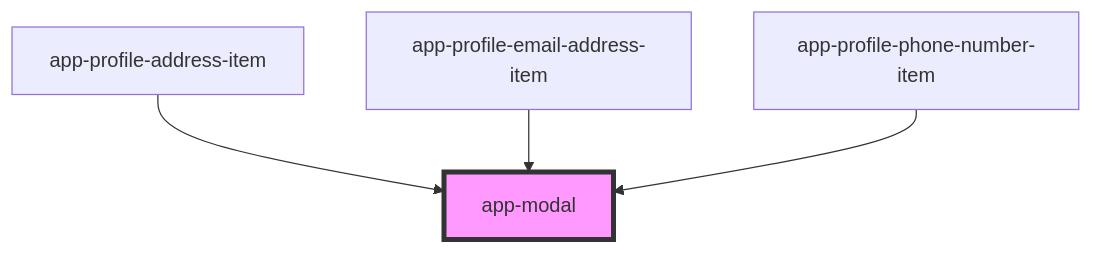
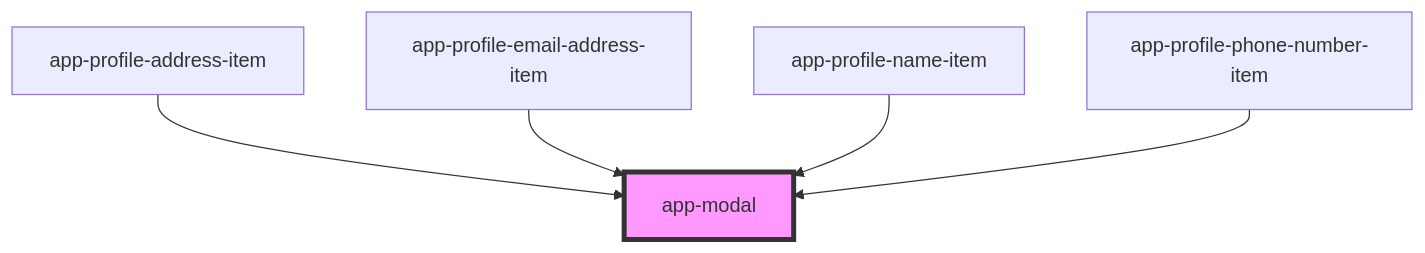
The diagram in iconeventnetwork-web/src/components/app-modal/readme.md (lokheed/IconEventNetwork.Web), drawn with Mermaid before and after one commit. The commit also changed other lines of this file and 16 other files, not shown here.

Commit message:
Edit profile name, first pass, not ready for test

````diff
--- a/iconeventnetwork-web/src/components/app-modal/readme.md
+++ b/iconeventnetwork-web/src/components/app-modal/readme.md
@@ -35,7 +36,8 @@
 ```mermaid
 graph TD;
   app-profile-address-item --> app-modal
   app-profile-email-address-item --> app-modal
+  app-profile-name-item --> app-modal
   app-profile-phone-number-item --> app-modal
   style app-modal fill:#f9f,stroke:#333,stroke-width:4px
 ```
````
